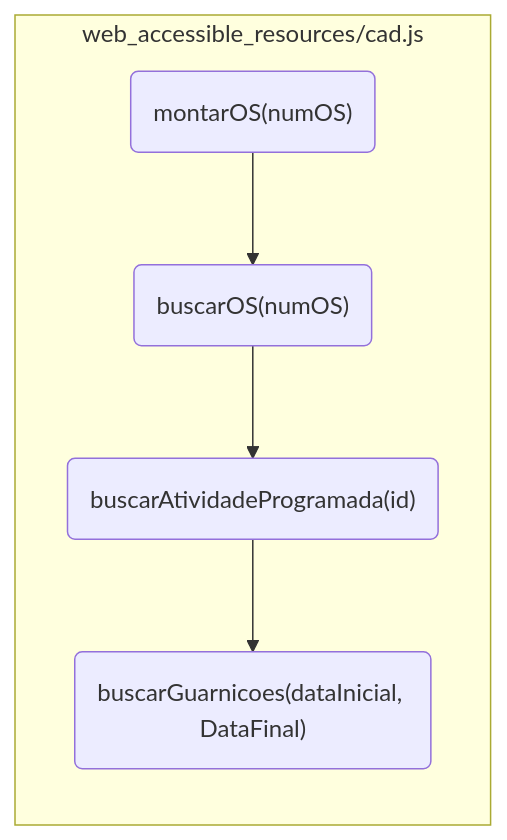
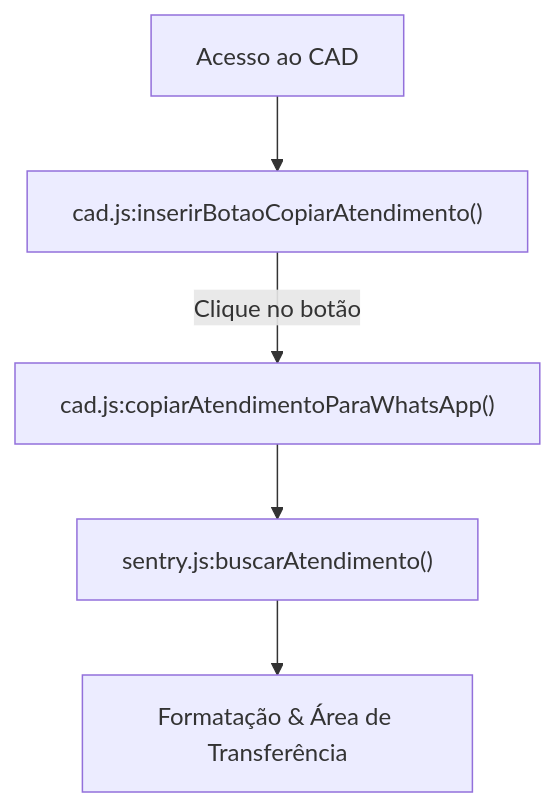
One commit to DP3D3733/XCAD changed the third of 4 diagrams in README.md. Above: the diagram before and after it, drawn with Mermaid. The commit also changed other lines of this file, not shown here.

Commit message:
DOCS: Funções Buscar OS, Copiar Atendimento e Notificação e Consulta de BAs documentadas

````diff
--- a/README.md
+++ b/README.md
@@ -171,11 +187,7 @@
 ```mermaid
-graph LR
-    subgraph Secao1[web_accessible_resources/cad.js]
-        A("montarOS(numOS)")
-        B("buscarOS(numOS)")
-        C("buscarAtividadeProgramada(id)")
-        D("buscarGuarnicoes(dataInicial, DataFinal)")
-    end
-
-    A --> B --> C --> D
+graph TD
+    A[Acesso ao CAD] --> B["cad.js:inserirBotaoCopiarAtendimento()"]
+    B -->|Clique no botão| C["cad.js:copiarAtendimentoParaWhatsApp()"]
+    C --> D["sentry.js:buscarAtendimento()"]
+    D --> E[Formatação & Área de Transferência]
 ```
````
